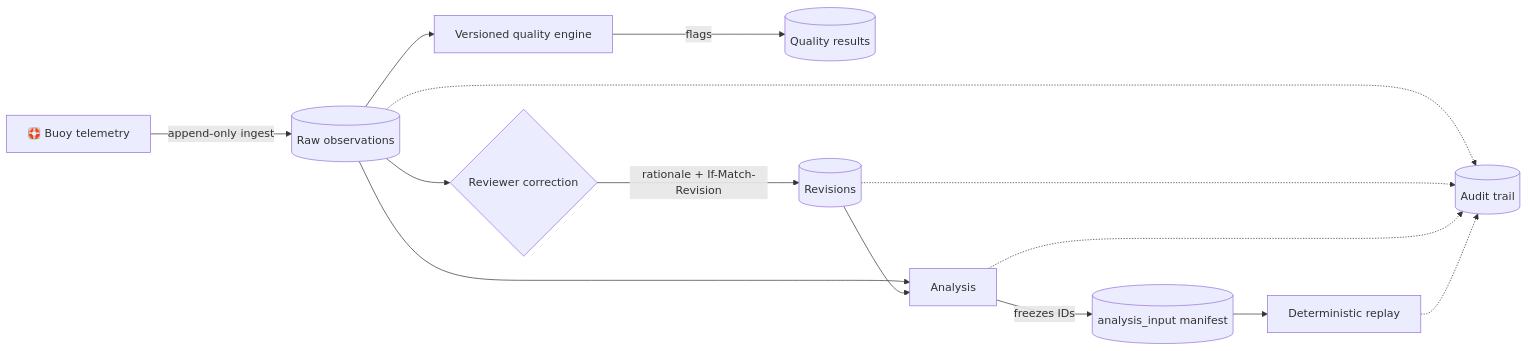
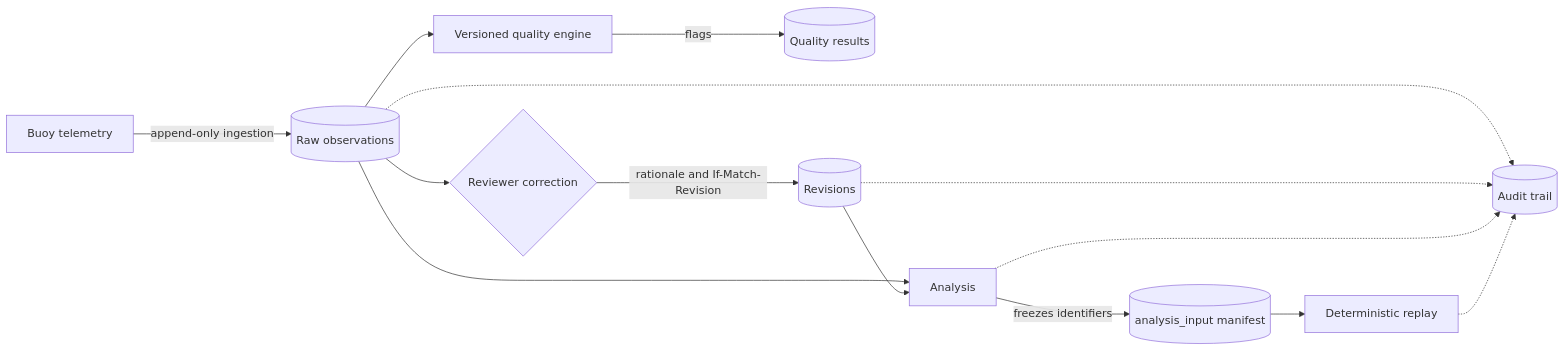
One commit to meenakshichidambaram767-arch/TideTrace- changed the diagram in README.md. Above: the diagram before and after it, drawn with Mermaid. The commit also changed other lines of this file, not shown here.

````diff
--- a/README.md
+++ b/README.md
@@ -45,16 +52,16 @@
 ```mermaid
 flowchart LR
-    B[🛟 Buoy telemetry] -->|append-only ingest| O[(Raw observations)]
+    B[Buoy telemetry] -->|append-only ingestion| O[(Raw observations)]
     O --> Q[Versioned quality engine]
     Q -->|flags| QR[(Quality results)]
     O --> R{Reviewer correction}
-    R -->|rationale + If-Match-Revision| REV[(Revisions)]
+    R -->|rationale and If-Match-Revision| REV[(Revisions)]
     O --> A[Analysis]
     REV --> A
-    A -->|freezes IDs| M[(analysis_input manifest)]
+    A -->|freezes identifiers| M[(analysis_input manifest)]
     M --> P[Deterministic replay]
     O -.-> AU[(Audit trail)]
     REV -.-> AU
     A -.-> AU
     P -.-> AU
 ```
````
